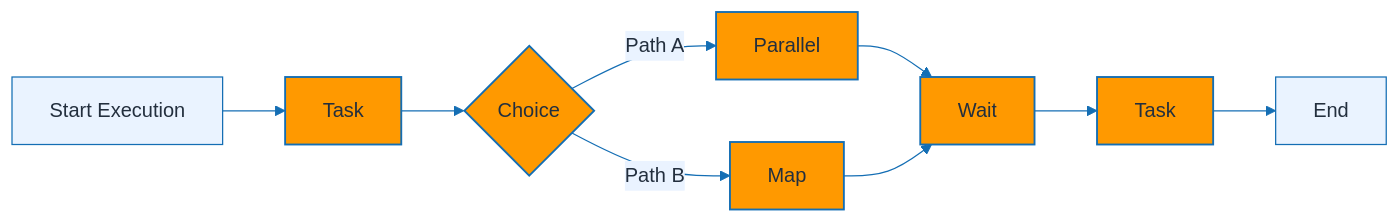
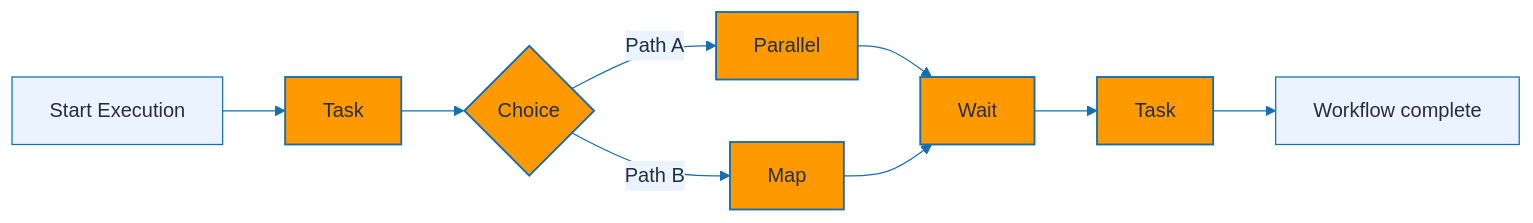
The eighth of 31 diagrams in Serverless/README.md (ShasidharReddy/AWS-Cloud-Engineer), drawn with Mermaid before and after one commit. The commit also changed other lines of this file and 14 other files, not shown here.

Commit message:
fix: resolve Mermaid rendering errors and add official AWS documentation links (#4)

````diff
--- a/Serverless/README.md
+++ b/Serverless/README.md
@@ -551,16 +543,16 @@
 ```mermaid
 %%{init: {'theme': 'base', 'themeVariables': { 'fontFamily': 'Inter, Arial', 'primaryColor': '#FF9900', 'primaryTextColor': '#232F3E', 'primaryBorderColor': '#146EB4', 'lineColor': '#146EB4', 'secondaryColor': '#EAF3FF', 'tertiaryColor': '#FFFFFF', 'clusterBkg': '#F7F7F7', 'clusterBorder': '#146EB4' }}}%%
 flowchart LR
     S[Start Execution] --> A[Task]
     A --> C{Choice}
     C -->|Path A| P[Parallel]
     C -->|Path B| M[Map]
     P --> W[Wait]
     M --> W
     W --> T[Task]
-    T --> E[End]
+    T --> Done[Workflow complete]
     classDef aws fill:#FF9900,color:#232F3E,stroke:#146EB4,stroke-width:1.5px;
     classDef support fill:#EAF3FF,color:#232F3E,stroke:#146EB4,stroke-width:1px;
     class A,C,P,M,W,T aws;
-    class S,E support;
+    class S,Done support;
 ```
````
